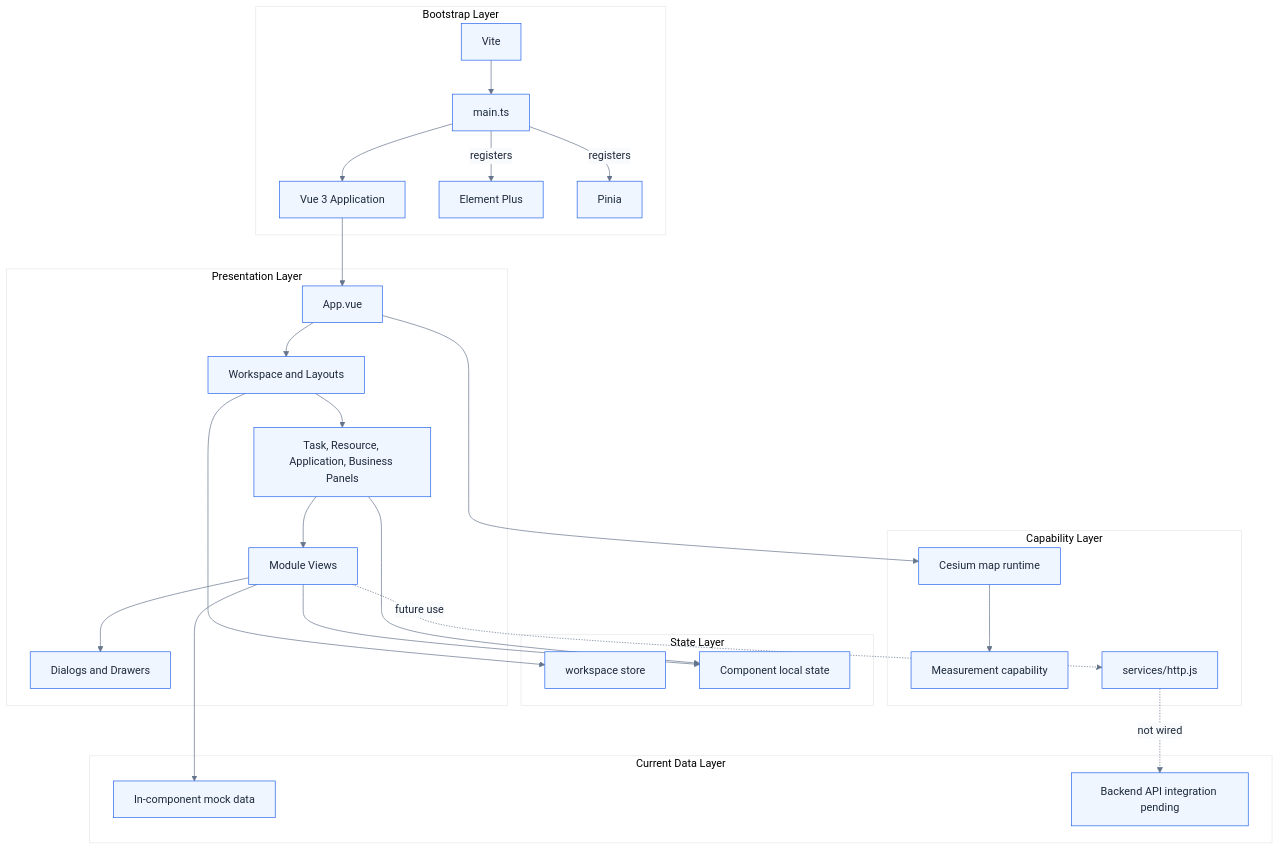
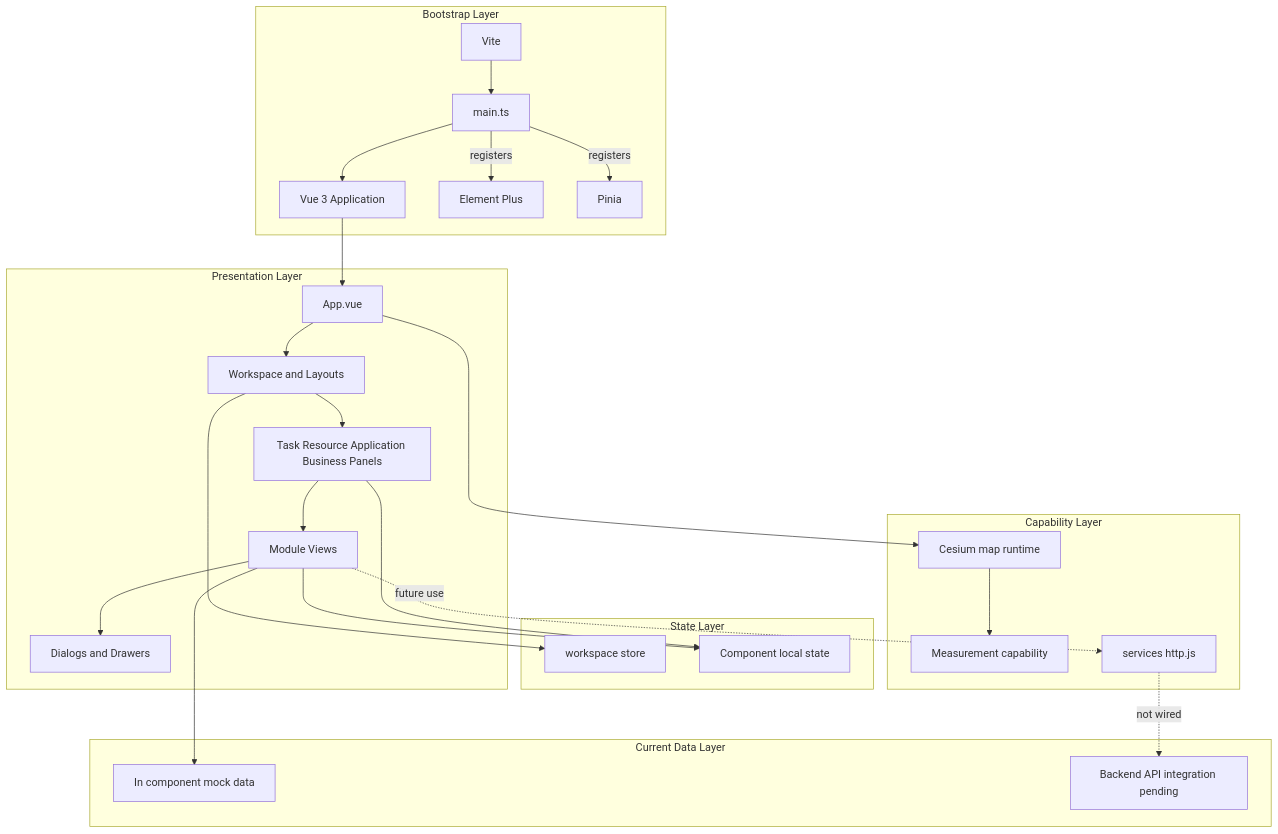
Before and after one commit to shyzs-123/self: the second of 2 diagrams in docs/vue3-project-architecture.md, drawn with Mermaid. The commit also changed other lines of this file and 17 other files, not shown here.

````diff
--- a/docs/vue3-project-architecture.md
+++ b/docs/vue3-project-architecture.md
@@ -78,55 +77,54 @@
 ```mermaid
-%%{init: {"theme": "base", "themeVariables": {"background": "#ffffff", "primaryColor": "#eff6ff", "primaryTextColor": "#1e293b", "primaryBorderColor": "#2563eb", "lineColor": "#64748b", "secondaryColor": "#f8fafc", "tertiaryColor": "#ffffff"}}}%%
-flowchart TB
-    subgraph bootstrapLayer["Bootstrap Layer"]
-        vite["Vite"]
-        mainEntry["main.ts"]
-        vueApp["Vue 3 Application"]
-        elementPlus["Element Plus"]
-        pinia["Pinia"]
+graph TD
+    subgraph bootstrapLayer [Bootstrap Layer]
+        vite[Vite]
+        mainEntry[main.ts]
+        vueApp[Vue 3 Application]
+        elementPlus[Element Plus]
+        pinia[Pinia]
     end
 
-    subgraph presentationLayer["Presentation Layer"]
-        appShell["App.vue"]
-        workspaceShell["Workspace and Layouts"]
-        modulePanels["Task, Resource, Application, Business Panels"]
-        moduleViews["Module Views"]
-        dialogComponents["Dialogs and Drawers"]
+    subgraph presentationLayer [Presentation Layer]
+        appShell[App.vue]
+        workspaceShell[Workspace and Layouts]
+        modulePanels[Task Resource Application Business Panels]
+        moduleViews[Module Views]
+        dialogComponents[Dialogs and Drawers]
     end
 
-    subgraph stateLayer2["State Layer"]
-        workspaceState["workspace store"]
-        localState["Component local state"]
+    subgraph stateLayer2 [State Layer]
+        workspaceState[workspace store]
+        localState[Component local state]
     end
 
-    subgraph capabilityLayer["Capability Layer"]
-        cesium["Cesium map runtime"]
-        measureCapability["Measurement capability"]
-        httpService["services/http.js"]
+    subgraph capabilityLayer [Capability Layer]
+        cesium[Cesium map runtime]
+        measureCapability[Measurement capability]
+        httpService[services http.js]
     end
 
-    subgraph dataLayer["Current Data Layer"]
-        mockData["In-component mock data"]
-        futureApi["Backend API integration pending"]
+    subgraph dataLayer [Current Data Layer]
+        mockData[In component mock data]
+        futureApi[Backend API integration pending]
     end
 
     vite --> mainEntry
     mainEntry --> vueApp
-    mainEntry -->|"registers"| elementPlus
-    mainEntry -->|"registers"| pinia
+    mainEntry -->|registers| elementPlus
+    mainEntry -->|registers| pinia
     vueApp --> appShell
     appShell --> workspaceShell
     workspaceShell --> modulePanels
     modulePanels --> moduleViews
     moduleViews --> dialogComponents
 
     workspaceShell --> workspaceState
     modulePanels --> localState
     moduleViews --> localState
 
     appShell --> cesium
     cesium --> measureCapability
-    moduleViews -.->|"future use"| httpService
+    moduleViews -.->|future use| httpService
     moduleViews --> mockData
-    httpService -.->|"not wired"| futureApi
+    httpService -.->|not wired| futureApi
 ```
````
